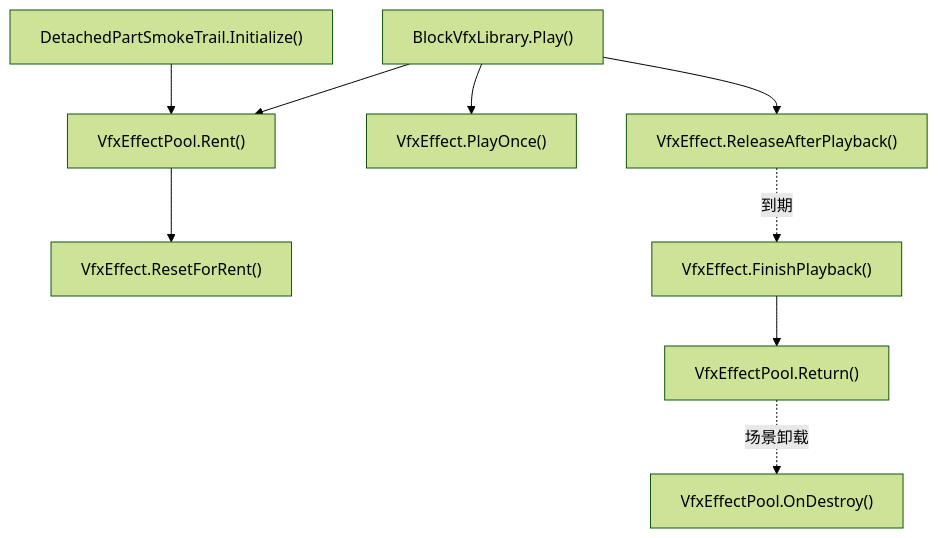
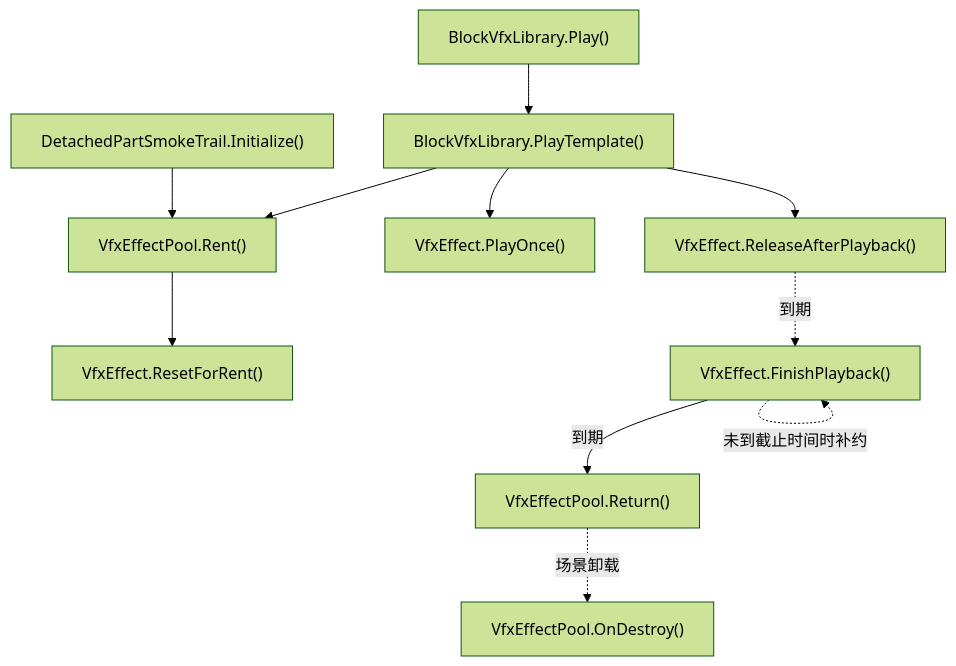
One commit to kukudia/HY-Sandbox changed the first of 52 diagrams in Docs/RuntimeFlow.md. Above: the diagram before and after it, drawn with Mermaid (forest theme). The commit also changed other lines of this file and 23 other files, not shown here.

````diff
--- a/Docs/RuntimeFlow.md
+++ b/Docs/RuntimeFlow.md
@@ -13,29 +13,33 @@
 ```mermaid
 flowchart TD
     A["BlockVfxLibrary.Play()"]
     click A "../Assets/Scripts/Features/Presentation/Effects/BlockVfxLibrary.cs#L112" "打开源码"
     B["VfxEffectPool.Rent()"]
     click B "../Assets/Scripts/Features/Presentation/Effects/VfxEffectPool.cs#L24" "打开源码"
     C["VfxEffect.ResetForRent()"]
     click C "../Assets/Scripts/Features/Presentation/Effects/VfxEffect.cs#L209" "打开源码"
     D["VfxEffect.PlayOnce()"]
     click D "../Assets/Scripts/Features/Presentation/Effects/VfxEffect.cs#L182" "打开源码"
     E["VfxEffect.ReleaseAfterPlayback()"]
     click E "../Assets/Scripts/Features/Presentation/Effects/VfxEffect.cs#L252" "打开源码"
     F["VfxEffect.FinishPlayback()"]
     click F "../Assets/Scripts/Features/Presentation/Effects/VfxEffect.cs#L275" "打开源码"
     G["VfxEffectPool.Return()"]
     click G "../Assets/Scripts/Features/Presentation/Effects/VfxEffectPool.cs#L72" "打开源码"
     H["DetachedPartSmokeTrail.Initialize()"]
     click H "../Assets/Scripts/Features/Presentation/Effects/DetachedPartSmokeTrail.cs#L55" "打开源码"
     I["VfxEffectPool.OnDestroy()"]
     click I "../Assets/Scripts/Features/Presentation/Effects/VfxEffectPool.cs#L96" "打开源码"
-    A --> B
+    J["BlockVfxLibrary.PlayTemplate()"]
+    click J "../Assets/Scripts/Features/Presentation/Effects/BlockVfxLibrary.cs#L135" "打开源码"
+    A --> J
+    J --> B
     B --> C
-    A --> D
-    A --> E
+    J --> D
+    J --> E
     H --> B
     E -.->|到期| F
-    F --> G
+    F -.->|未到截止时间时补约| F
+    F -->|到期| G
     G -.->|场景卸载| I
 ```
````
